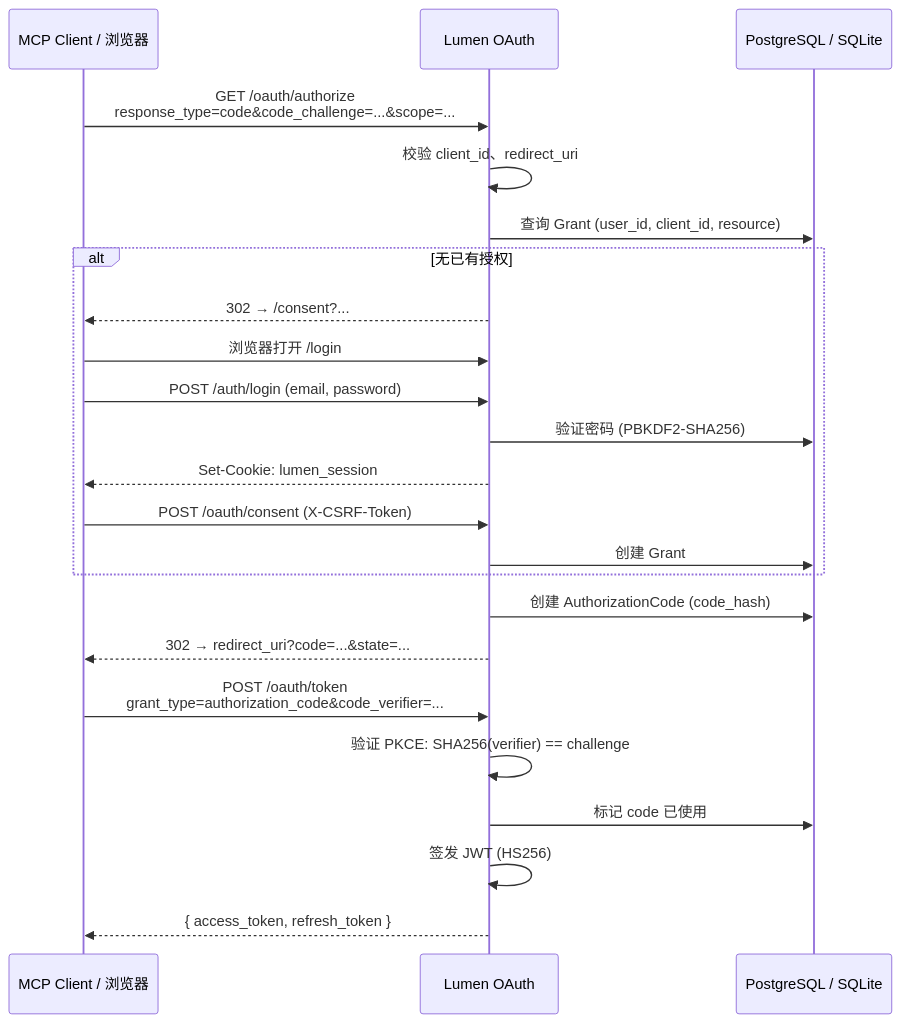
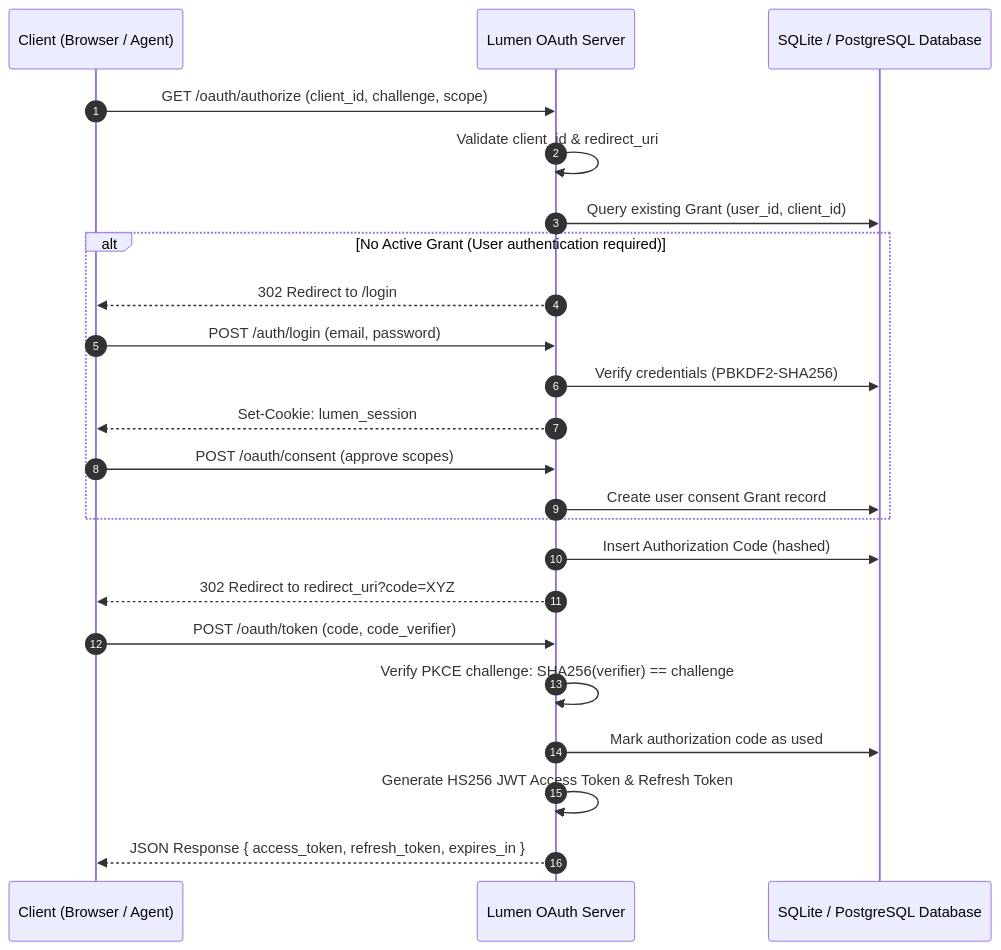
The first of 4 diagrams in README.md (joeyyangcq-sys/lumen-oauth), drawn with Mermaid before and after one commit. The commit also changed other lines of this file and 15 other files, not shown here.

Commit message:
feat: refine authorization flows and clean up telemetry configurations

````diff
--- a/README.md
+++ b/README.md
@@ -36,29 +59,29 @@
 ```mermaid
 sequenceDiagram
-    participant Client as MCP Client / 浏览器
-    participant OAuth as Lumen OAuth
-    participant DB as PostgreSQL / SQLite
+    autonumber
+    participant Client as Client (Browser / Agent)
+    participant OAuth as Lumen OAuth Server
+    participant DB as SQLite / PostgreSQL Database
     
-    Client->>OAuth: GET /oauth/authorize<br/>response_type=code&code_challenge=...&scope=...
-    OAuth->>OAuth: 校验 client_id、redirect_uri
-    OAuth->>DB: 查询 Grant (user_id, client_id, resource)
+    Client->>OAuth: GET /oauth/authorize (client_id, challenge, scope)
+    OAuth->>OAuth: Validate client_id & redirect_uri
+    OAuth->>DB: Query existing Grant (user_id, client_id)
     
-    alt 无已有授权
-        OAuth-->>Client: 302 → /consent?...
-        Client->>OAuth: 浏览器打开 /login
+    alt No Active Grant (User authentication required)
+        OAuth-->>Client: 302 Redirect to /login
         Client->>OAuth: POST /auth/login (email, password)
-        OAuth->>DB: 验证密码 (PBKDF2-SHA256)
+        OAuth->>DB: Verify credentials (PBKDF2-SHA256)
         OAuth-->>Client: Set-Cookie: lumen_session
-        Client->>OAuth: POST /oauth/consent (X-CSRF-Token)
-        OAuth->>DB: 创建 Grant
+        Client->>OAuth: POST /oauth/consent (approve scopes)
+        OAuth->>DB: Create user consent Grant record
     end
     
-    OAuth->>DB: 创建 AuthorizationCode (code_hash)
-    OAuth-->>Client: 302 → redirect_uri?code=...&state=...
+    OAuth->>DB: Insert Authorization Code (hashed)
+    OAuth-->>Client: 302 Redirect to redirect_uri?code=XYZ
     
-    Client->>OAuth: POST /oauth/token<br/>grant_type=authorization_code&code_verifier=...
-    OAuth->>OAuth: 验证 PKCE: SHA256(verifier) == challenge
-    OAuth->>DB: 标记 code 已使用
-    OAuth->>OAuth: 签发 JWT (HS256)
-    OAuth-->>Client: { access_token, refresh_token }
+    Client->>OAuth: POST /oauth/token (code, code_verifier)
+    OAuth->>OAuth: Verify PKCE challenge: SHA256(verifier) == challenge
+    OAuth->>DB: Mark authorization code as used
+    OAuth->>OAuth: Generate HS256 JWT Access Token & Refresh Token
+    OAuth-->>Client: JSON Response { access_token, refresh_token, expires_in }
 ```
````
